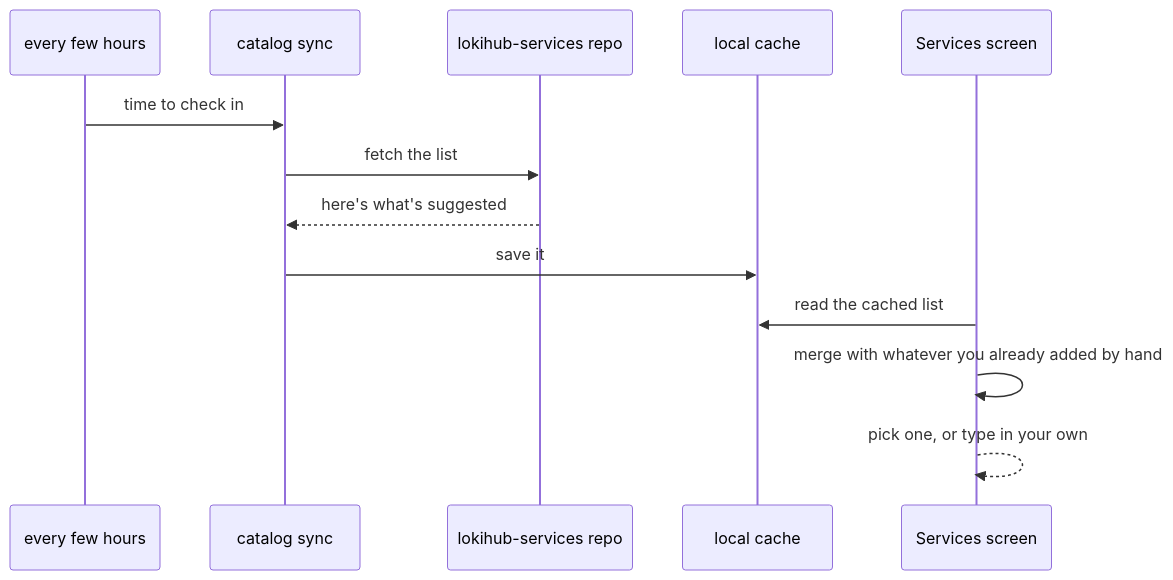
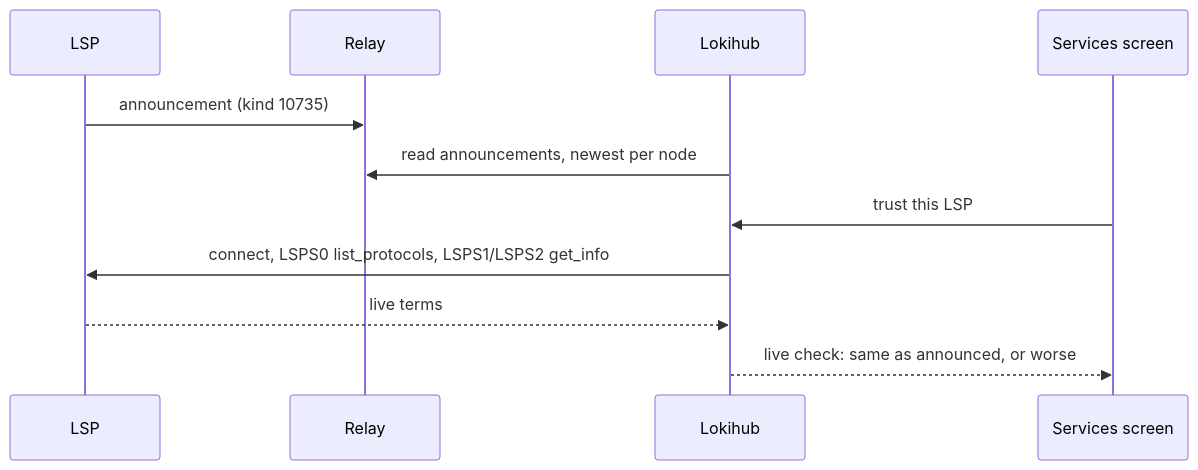
The diagram in docs/lokihub-services.md (flokiorg/lokihub), drawn with Mermaid before and after one commit. The commit also changed other lines of this file and 1 other file, not shown here.

Commit message:
docs: describe the LSP catalogue built from NIP-LSP announcements

````diff
--- a/docs/lokihub-services.md
+++ b/docs/lokihub-services.md
@@ -39,16 +38,13 @@
 ```mermaid
 sequenceDiagram
-    participant Ticker as every few hours
-    participant Sync as catalog sync
-    participant Remote as lokihub-services repo
-    participant Cache as local cache
+    participant LSP
+    participant Relay
+    participant Hub as Lokihub
     participant You as Services screen
-
-    Ticker->>Sync: time to check in
-    Sync->>Remote: fetch the list
-    Remote-->>Sync: here's what's suggested
-    Sync->>Cache: save it
-    You->>Cache: read the cached list
-    You->>You: merge with whatever you already added by hand
-    You-->>You: pick one, or type in your own
+    LSP->>Relay: announcement (kind 10735)
+    Hub->>Relay: read announcements, newest per node
+    You->>Hub: trust this LSP
+    Hub->>LSP: connect, LSPS0 list_protocols, LSPS1/LSPS2 get_info
+    LSP-->>Hub: live terms
+    Hub-->>You: live check: same as announced, or worse
 ```
````
